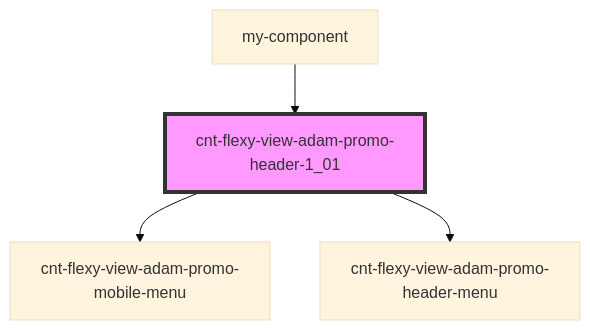
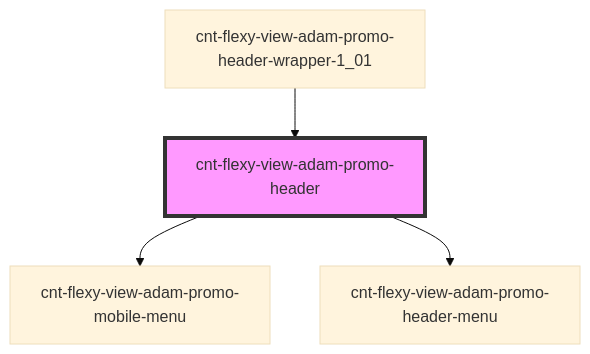
Before and after one commit to almalib/s-promo: the diagram in src/components/cnt-flexy-view-adam-promo-header-wrapper/res/view/cnt-flexy-view-adam-promo-header/readme.md, drawn with Mermaid (base theme). The commit also changed other lines of this file and 134 other files, not shown here.

````diff
--- a/src/components/cnt-flexy-view-adam-promo-header-wrapper/res/view/cnt-flexy-view-adam-promo-header/readme.md
+++ b/src/components/cnt-flexy-view-adam-promo-header-wrapper/res/view/cnt-flexy-view-adam-promo-header/readme.md
@@ -27,7 +27,7 @@
 ```mermaid
 graph TD;
-  cnt-flexy-view-adam-promo-header-1_01 --> cnt-flexy-view-adam-promo-mobile-menu
-  cnt-flexy-view-adam-promo-header-1_01 --> cnt-flexy-view-adam-promo-header-menu
-  my-component --> cnt-flexy-view-adam-promo-header-1_01
-  style cnt-flexy-view-adam-promo-header-1_01 fill:#f9f,stroke:#333,stroke-width:4px
+  cnt-flexy-view-adam-promo-header --> cnt-flexy-view-adam-promo-mobile-menu
+  cnt-flexy-view-adam-promo-header --> cnt-flexy-view-adam-promo-header-menu
+  cnt-flexy-view-adam-promo-header-wrapper-1_01 --> cnt-flexy-view-adam-promo-header
+  style cnt-flexy-view-adam-promo-header fill:#f9f,stroke:#333,stroke-width:4px
 ```
````
